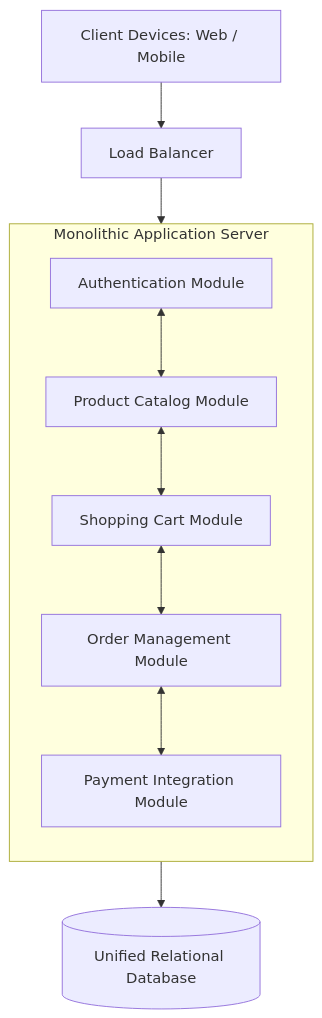
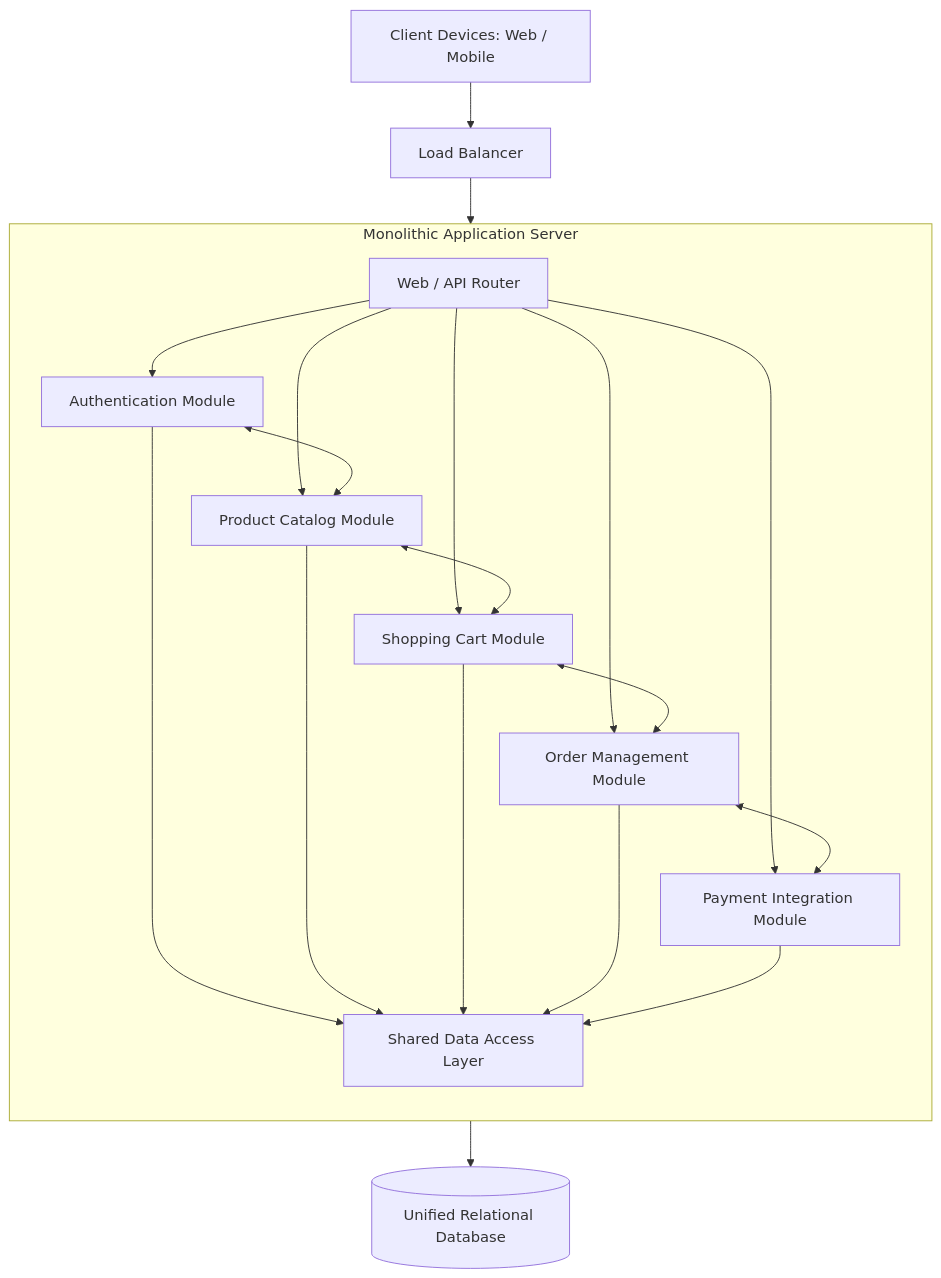
Before and after one commit to Sujalkathait/high-level-design: the diagram in 02-architecture/monolithic.md, drawn with Mermaid. The commit also changed other lines of this file and 10 other files, not shown here.

Commit message:
feat: add comprehensive server.md master guide, modular monolith doc, and fix Mermaid diagram bugs

````diff
--- a/02-architecture/monolithic.md
+++ b/02-architecture/monolithic.md
@@ -20,21 +20,28 @@
 ```mermaid
 flowchart TD
     Client["Client Devices: Web / Mobile"] --> LB[Load Balancer]
+    LB --> Router["Web / API Router"]
     
     subgraph MonolithServer ["Monolithic Application Server"]
         direction TB
-        AuthModule[Authentication Module]
-        ProductModule[Product Catalog Module]
-        CartModule[Shopping Cart Module]
-        OrderModule[Order Management Module]
-        PaymentModule[Payment Integration Module]
+        Router --> AuthModule[Authentication Module]
+        Router --> ProductModule[Product Catalog Module]
+        Router --> CartModule[Shopping Cart Module]
+        Router --> OrderModule[Order Management Module]
+        Router --> PaymentModule[Payment Integration Module]
         
         AuthModule <--> ProductModule
         ProductModule <--> CartModule
         CartModule <--> OrderModule
         OrderModule <--> PaymentModule
+
+        DataLayer["Shared Data Access Layer"]
+        AuthModule --> DataLayer
+        ProductModule --> DataLayer
+        CartModule --> DataLayer
+        OrderModule --> DataLayer
+        PaymentModule --> DataLayer
     end
 
-    LB --> MonolithServer
-    MonolithServer --> DB[("Unified Relational Database")]
+    DataLayer --> DB[("Unified Relational Database")]
 ```
````
